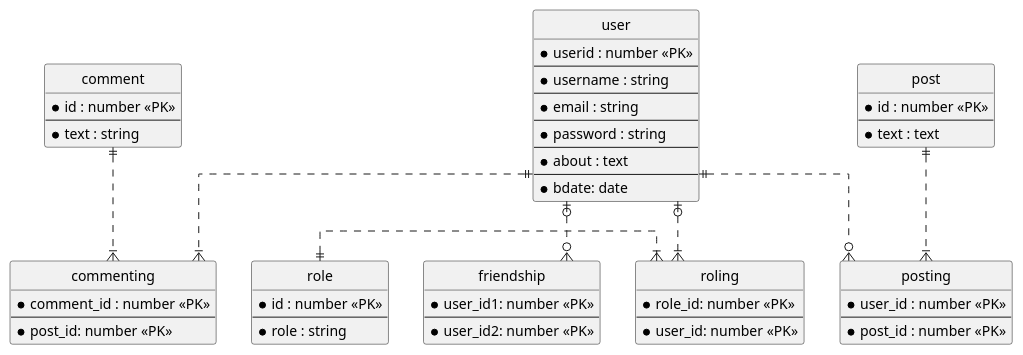
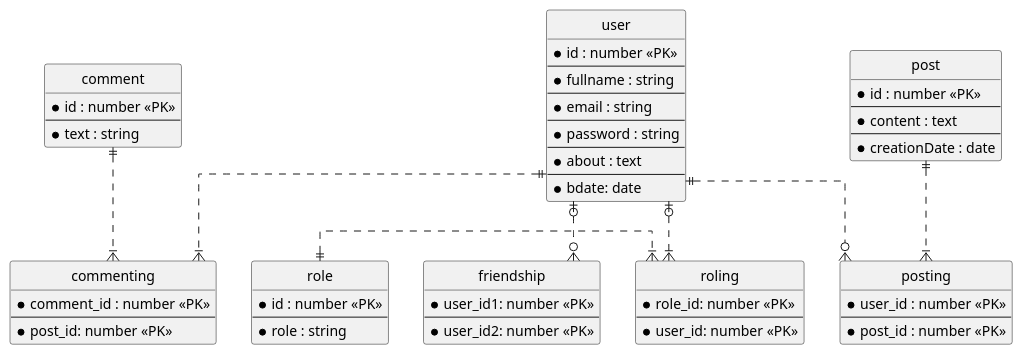
The diagram in documentation/database/database.plantuml (AzarguNazari/spring_boot_social_media), drawn with PlantUML before and after one commit. The commit also changed 30 other files, not shown here.

```diff
--- a/documentation/database/database.plantuml
+++ b/documentation/database/database.plantuml
@@ -1,73 +1,75 @@
 @startuml
 
 ' hide the spot
 hide circle
 
 ' avoid problems with angled crows feet
 skinparam linetype ortho
 
 entity "user" as user {
-  *userid : number <<PK>>
+  *id : number <<PK>>
   --
-  *username : string
+  *fullname : string
   --
   *email : string
   --
   *password : string
   --
   *about : text
   --
   *bdate: date
 }
 
 entity "post" {
   *id : number <<PK>>
   --
-  *text : text
+  *content : text
+  --
+  *creationDate : date
 }
 
 entity "comment" {
   *id : number <<PK>>
   --
   *text : string
 }
 
 entity "role" {
   *id : number <<PK>>
   --
   *role : string
 }
 
 entity "roling" {
     * role_id: number <<PK>>
     --
     * user_id: number <<PK>>
 }
 
 entity "commenting" {
     *comment_id : number <<PK>>
     --
     *post_id: number <<PK>>
 }
 
 entity "posting" {
     *user_id : number <<PK>>
     --
     *post_id : number <<PK>>
 }
 
 entity "friendship" {
     * user_id1: number <<PK>>
     --
     * user_id2: number <<PK>>
 }
 
 user |o..o{ friendship
 user ||..o{ posting
 post ||..|{posting
 user ||..|{commenting
 comment ||..|{commenting
 user |o..|{roling
 role ||.|{roling
 
 @enduml
```
